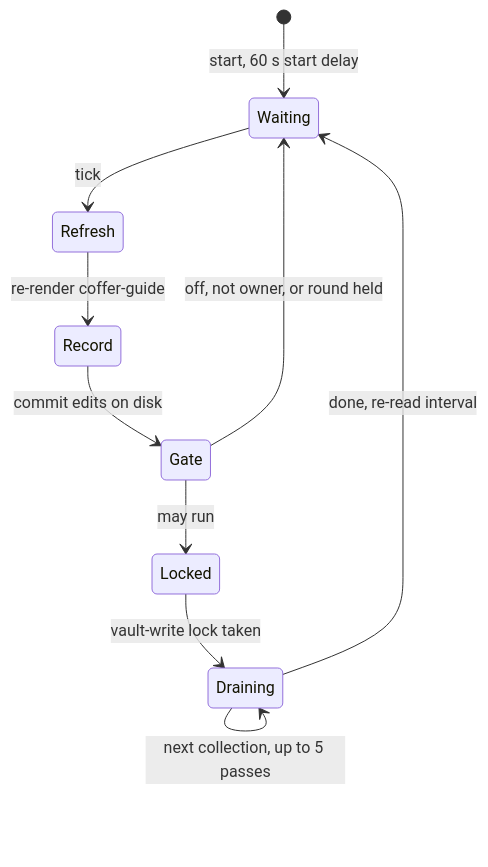
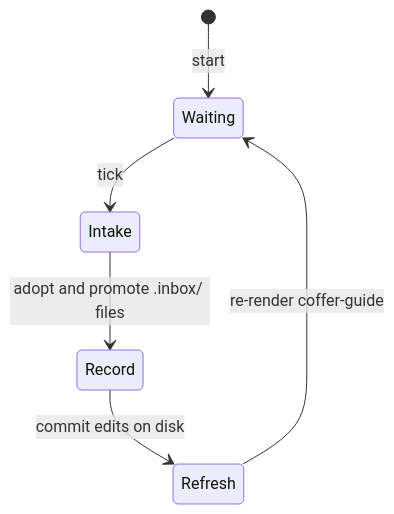
One commit to wyx-sg/Coffer changed the second of 2 diagrams in docs-site/architecture/knowledge.md. Above: the diagram before and after it, drawn with Mermaid. The commit also changed other lines of this file and 512 other files, not shown here.

````diff
--- a/docs-site/architecture/knowledge.md
+++ b/docs-site/architecture/knowledge.md
@@ -279,12 +196,8 @@
 ```mermaid
 stateDiagram-v2
-  [*] --> Waiting: start, 60 s start delay
-  Waiting --> Refresh: tick
-  Refresh --> Record: re-render coffer-guide
-  Record --> Gate: commit edits on disk
-  Gate --> Waiting: off, not owner, or round held
-  Gate --> Locked: may run
-  Locked --> Draining: vault-write lock taken
-  Draining --> Draining: next collection, up to 5 passes
-  Draining --> Waiting: done, re-read interval
+  [*] --> Waiting: start
+  Waiting --> Intake: tick
+  Intake --> Record: adopt and promote .inbox/ files
+  Record --> Refresh: commit edits on disk
+  Refresh --> Waiting: re-render coffer-guide
 ```
````
